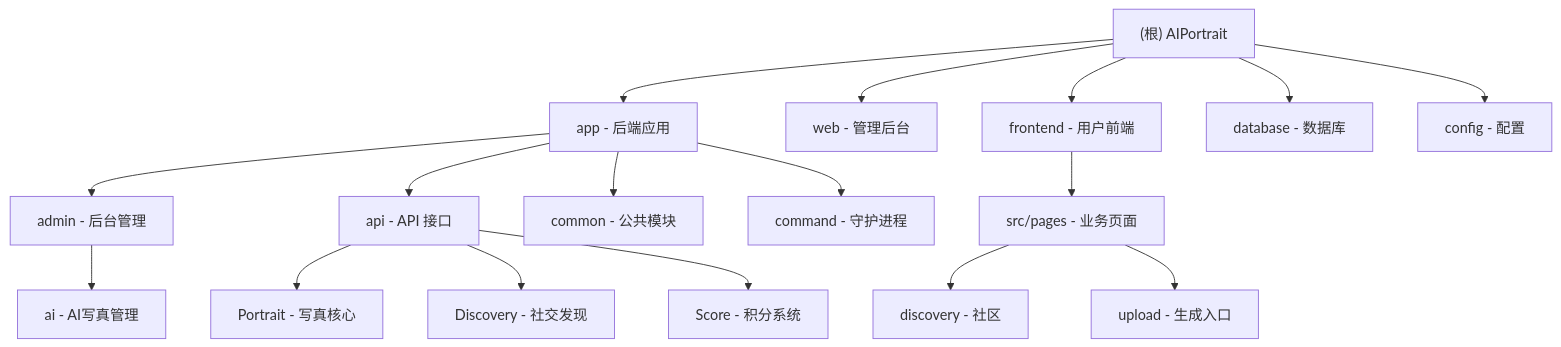
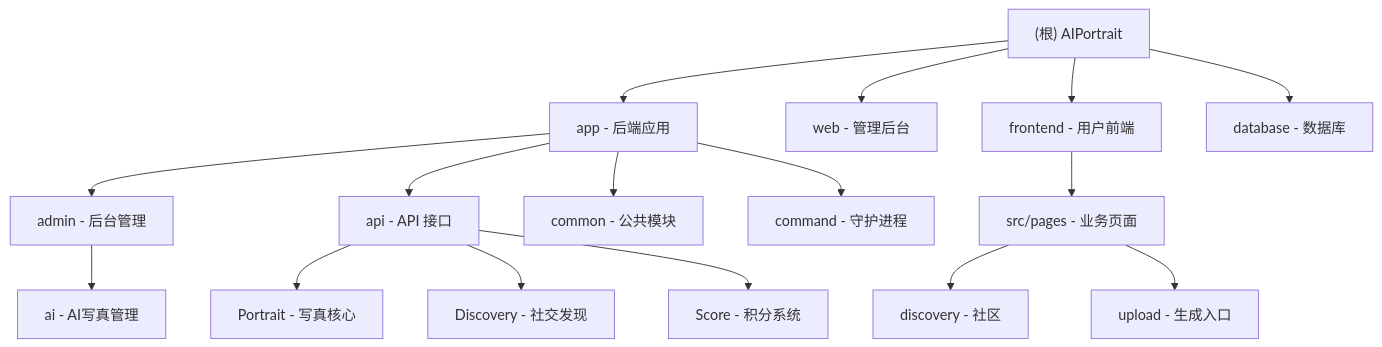
One commit to sizhaohuang-pixel/AIPortrait changed the diagram in CLAUDE.md. Above: the diagram before and after it, drawn with Mermaid. The commit also changed other lines of this file and 5 other files, not shown here.

````diff
--- a/CLAUDE.md
+++ b/CLAUDE.md
@@ -117,27 +43,26 @@
 ```mermaid
 graph TD
     A["(根) AIPortrait"] --> B["app - 后端应用"];
     A --> C["web - 管理后台"];
     A --> F["frontend - 用户前端"];
     A --> D["database - 数据库"];
-    A --> E["config - 配置"];
 
     B --> B1["admin - 后台管理"];
     B --> B2["api - API 接口"];
     B --> B3["common - 公共模块"];
     B --> B4["command - 守护进程"];
 
     B1 --> B11["ai - AI写真管理"];
     B2 --> B21["Portrait - 写真核心"];
     B2 --> B22["Discovery - 社交发现"];
     B2 --> B23["Score - 积分系统"];
 
     F --> F1["src/pages - 业务页面"];
     F1 --> F11["discovery - 社区"];
     F1 --> F12["upload - 生成入口"];
 
     click B "./app/CLAUDE.md" "查看后端模块文档"
     click C "./web/CLAUDE.md" "查看管理后台文档"
     click F "./frontend/CLAUDE.md" "查看用户前端文档"
     click D "./database/CLAUDE.md" "查看数据库模块文档"
 ```
````
